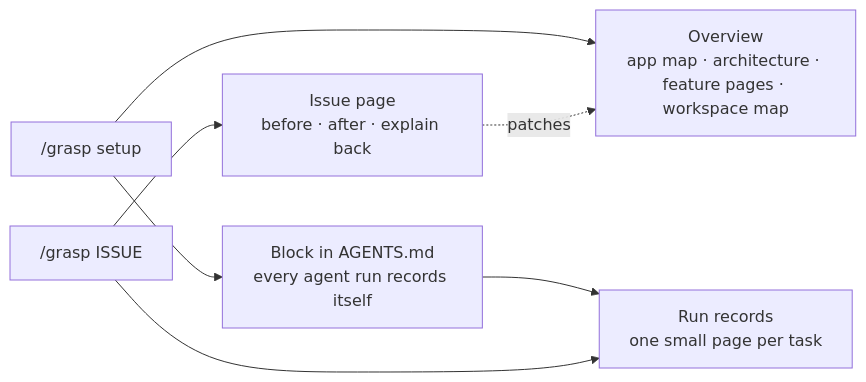
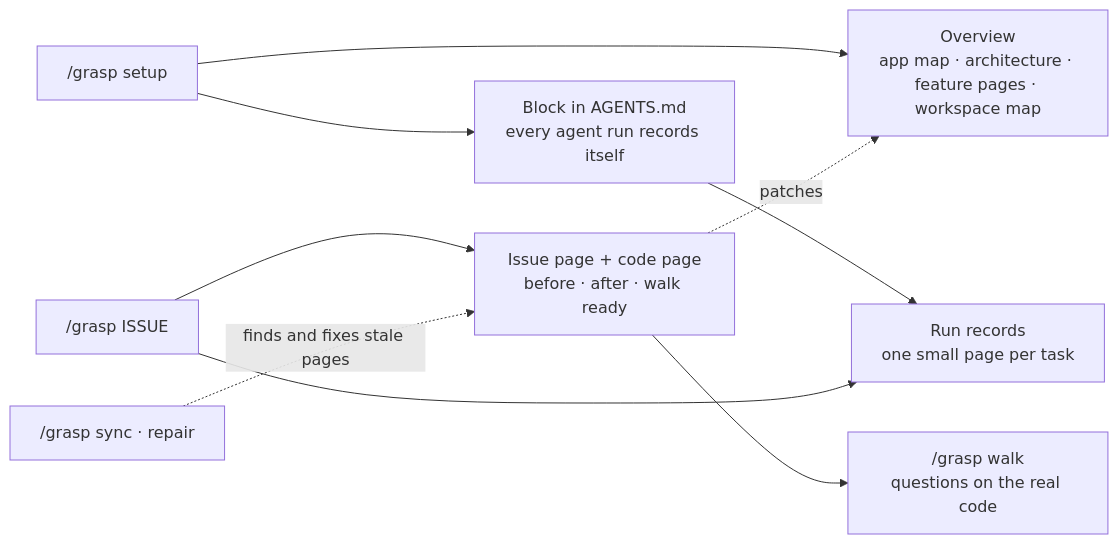
One commit to junrillg/grasp changed the first of 3 diagrams in README.md. Above: the diagram before and after it, drawn with Mermaid. The commit also changed other lines of this file and 5 other files, not shown here.

````diff
--- a/README.md
+++ b/README.md
@@ -35,9 +35,11 @@
 ```mermaid
 flowchart LR
   S["/grasp setup"] --> O["Overview<br/>app map · architecture · feature pages · workspace map"]
   S --> B["Block in AGENTS.md<br/>every agent run records itself"]
   B --> R["Run records<br/>one small page per task"]
-  I["/grasp ISSUE"] --> P["Issue page<br/>before · after · explain back"]
+  I["/grasp ISSUE"] --> P["Issue page + code page<br/>before · after · walk ready"]
   I --> R
   P -.->|patches| O
+  P --> W["/grasp walk<br/>questions on the real code"]
+  Y["/grasp sync · repair"] -.->|finds and fixes stale pages| P
 ```
````
